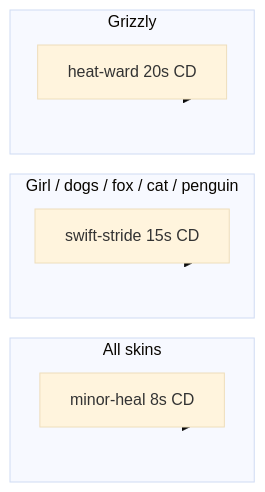
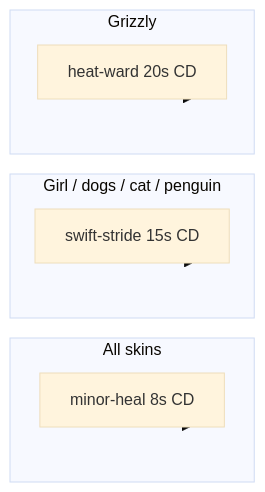
Before and after one commit to Jayrr-Dev/reigncraft: the second of 2 diagrams in gameplay/mechanics/characters/mechanics.md, drawn with Mermaid (base theme). The commit also changed other lines of this file and 77 other files, not shown here.

````diff
--- a/gameplay/mechanics/characters/mechanics.md
+++ b/gameplay/mechanics/characters/mechanics.md
@@ -125,15 +125,15 @@
 ```mermaid
 flowchart LR
   subgraph all [All skins]
     MH[minor-heal 8s CD]
   end
-  subgraph agile [Girl / dogs / fox / cat / penguin]
+  subgraph agile [Girl / dogs / cat / penguin]
     SS[swift-stride 15s CD]
   end
   subgraph bear [Grizzly]
     HW[heat-ward 20s CD]
   end
   all --> MH
   agile --> SS
   bear --> HW
 ```
````
